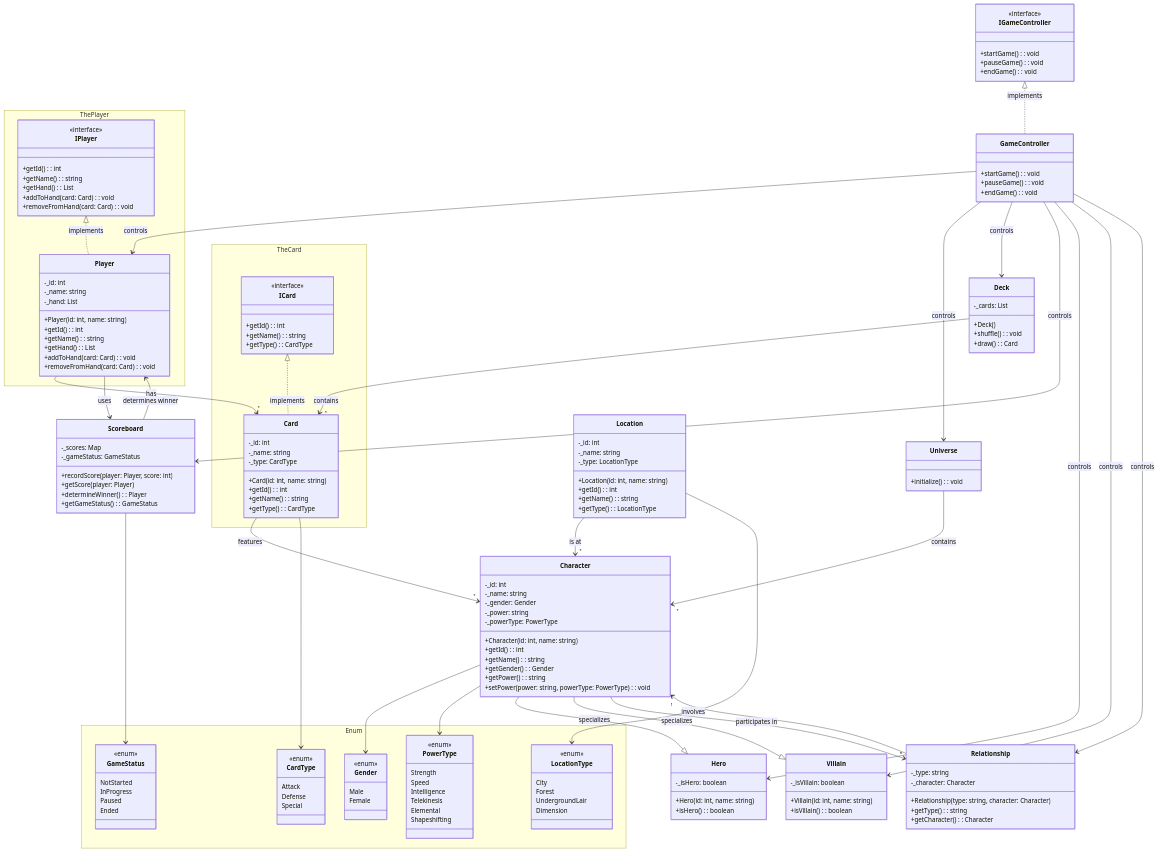
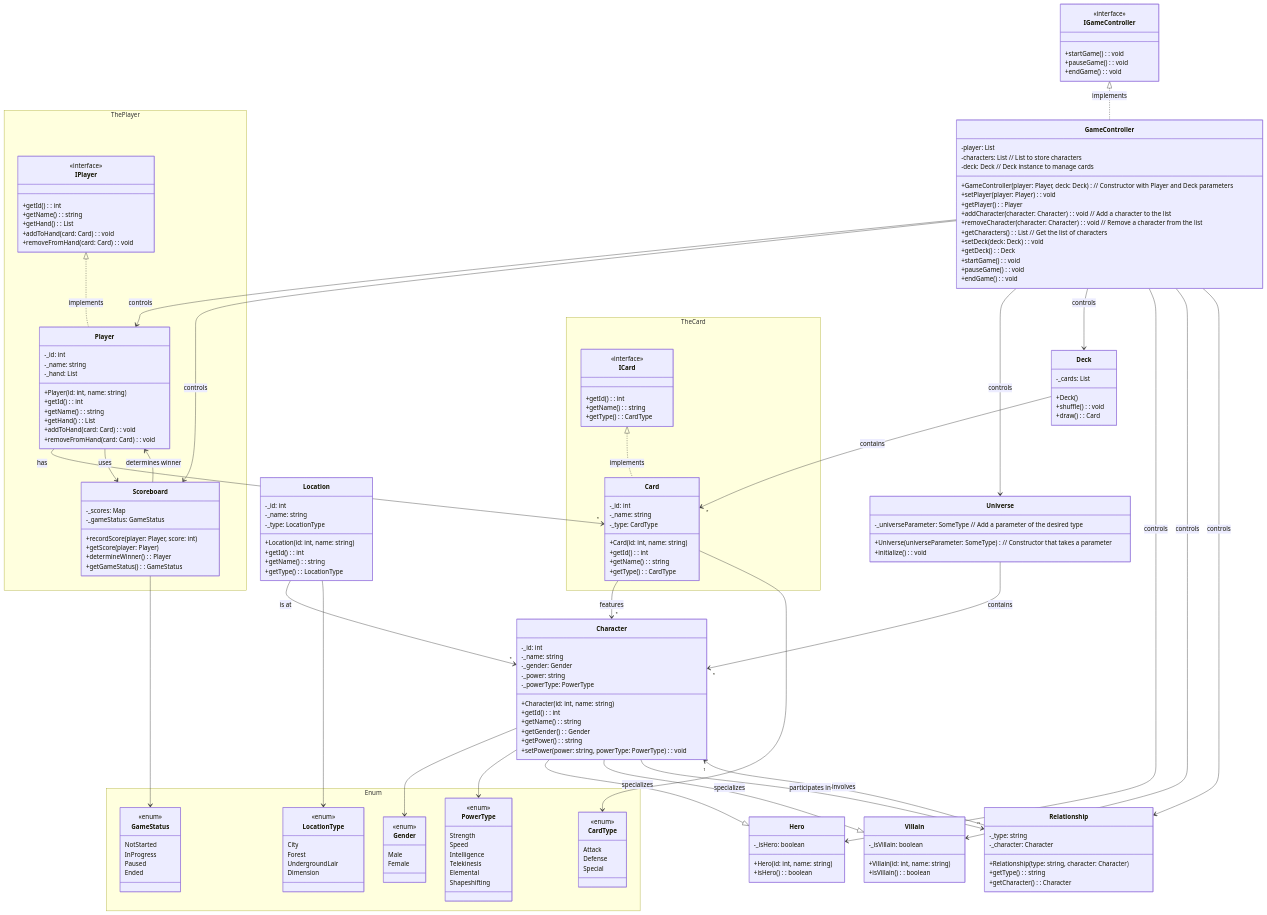
The diagram in Marvel Span Game/Diagram V2.mmd (hanif85/BootcampBatch6), drawn with Mermaid before and after one commit. The commit also changed other lines of this file and 1 other file, not shown here.

Commit message:
revision Diagram V2 and add notes

```diff
--- a/Marvel Span Game/Diagram V2.mmd
+++ b/Marvel Span Game/Diagram V2.mmd
@@ -50,10 +50,23 @@
 }
 
 class GameController {
+    -player: List<Player>
+    -characters: List<Character>  // List to store characters
+    -deck: Deck  // Deck instance to manage cards
+
+    +GameController(player: Player, deck: Deck)  // Constructor with Player and Deck parameters
+    +setPlayer(player: Player): void
+    +getPlayer(): Player
+    +addCharacter(character: Character): void  // Add a character to the list
+    +removeCharacter(character: Character): void  // Remove a character from the list
+    +getCharacters(): List<Character>  // Get the list of characters
+    +setDeck(deck: Deck): void
+    +getDeck(): Deck
     +startGame(): void
     +pauseGame(): void
     +endGame(): void
 }
+
 
 IGameController <|.. GameController : implements
 
@@ -78,11 +91,7 @@
         +addToHand(card: Card): void
         +removeFromHand(card: Card): void
     }
-}
-
-IPlayer <|.. Player : implements
-
-class Scoreboard {
+    class Scoreboard {
     -_scores: Map<Player, int>
     -_gameStatus: GameStatus
     +recordScore(player: Player, score: int)
@@ -90,6 +99,11 @@
     +determineWinner(): Player
     +getGameStatus(): GameStatus
 }
+}
+
+IPlayer <|.. Player : implements
+
+
 
 namespace TheCard {
     class ICard {
@@ -125,9 +139,13 @@
     +Hero(id: int, name: string)
     +isHero(): boolean
 }
-  class Universe {
+class Universe {
+    -_universeParameter: SomeType  // Add a parameter of the desired type
+
+    +Universe(universeParameter: SomeType)  // Constructor that takes a parameter
     +initialize(): void
-  }
+}
+
 class Villain {
     -_isVillain: boolean
     +Villain(id: int, name: string)
```
